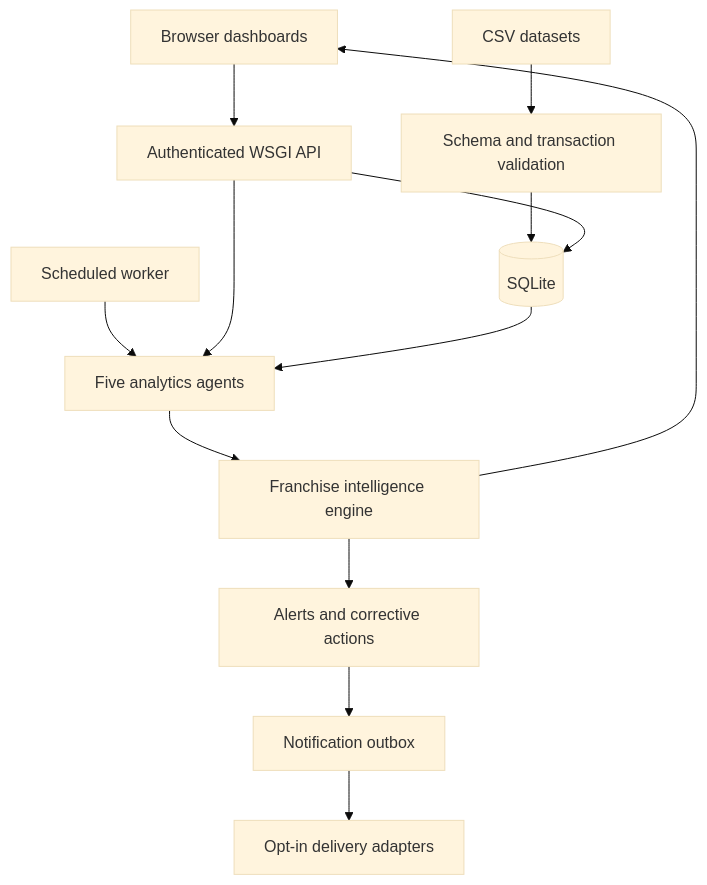
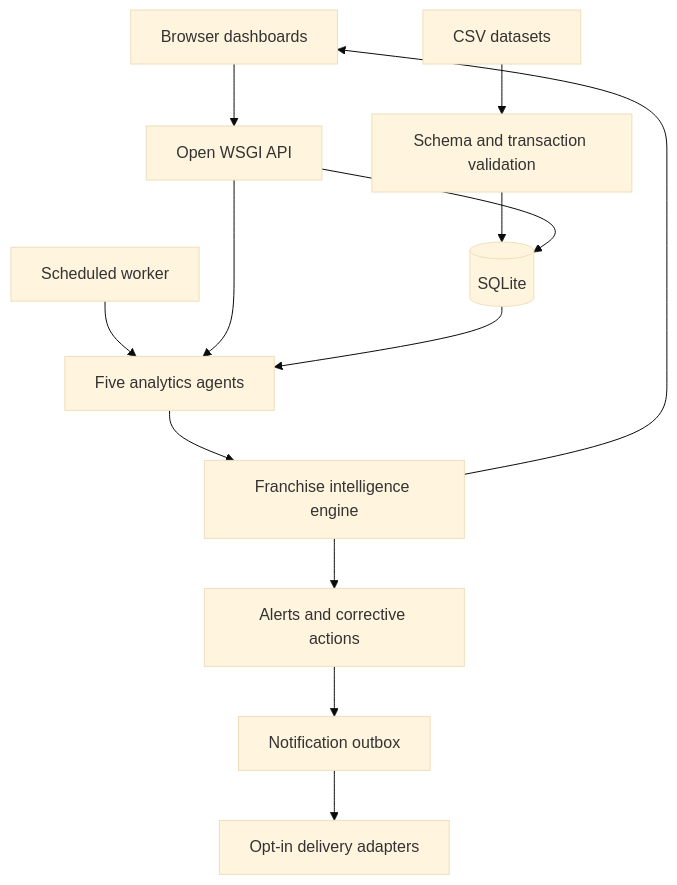
One commit to narayan24x7/demo-dashboard_0 changed the first of 2 diagrams in docs/ARCHITECTURE.md. Above: the diagram before and after it, drawn with Mermaid (base theme). The commit also changed other lines of this file and 16 other files, not shown here.

````diff
--- a/docs/ARCHITECTURE.md
+++ b/docs/ARCHITECTURE.md
@@ -5,15 +5,15 @@
 ```mermaid
 flowchart TD
-    UI[Browser dashboards] --> API[Authenticated WSGI API]
+    UI[Browser dashboards] --> API[Open WSGI API]
     CSV[CSV datasets] --> Validation[Schema and transaction validation]
     Validation --> DB[(SQLite)]
     API --> DB
     Worker[Scheduled worker] --> Agents[Five analytics agents]
     API --> Agents
     DB --> Agents
     Agents --> Engine[Franchise intelligence engine]
     Engine --> Actions[Alerts and corrective actions]
     Engine --> UI
     Actions --> Outbox[Notification outbox]
     Outbox --> Delivery[Opt-in delivery adapters]
 ```
````
